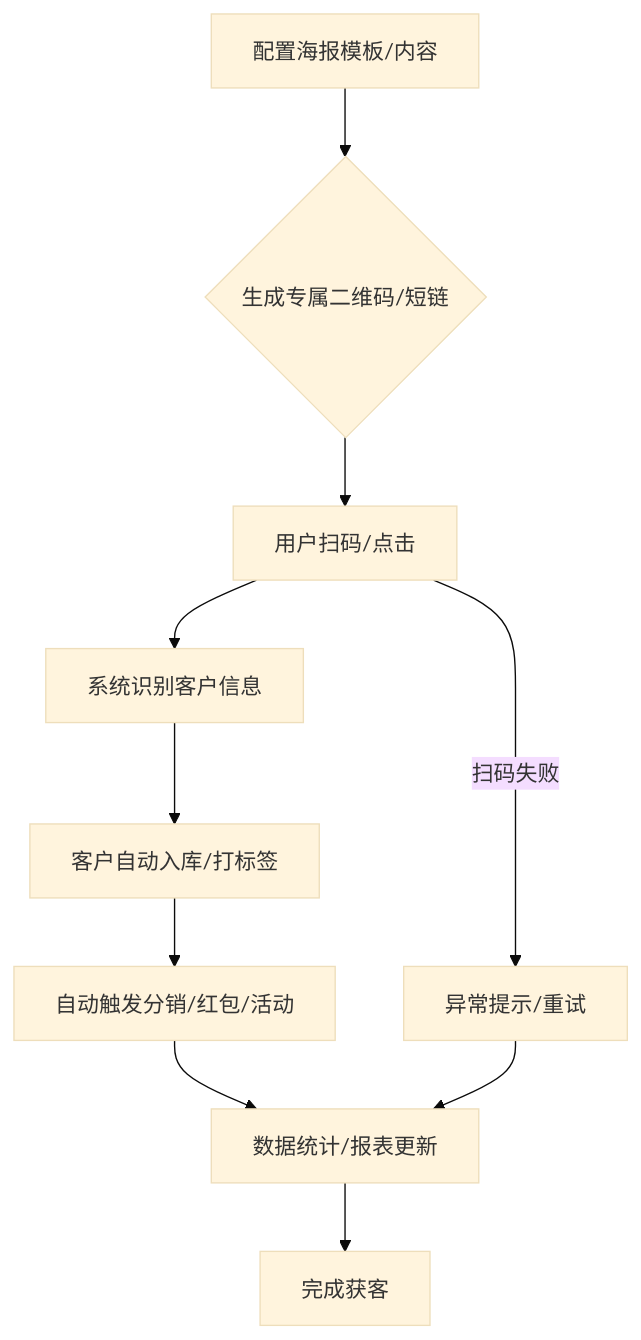
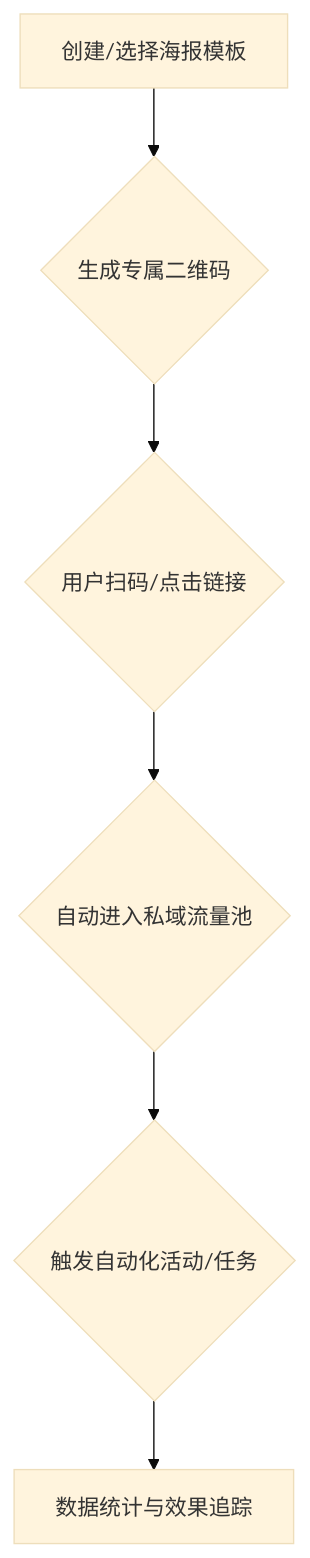
One commit to fnvtk/cunkebao_doc changed the diagram in 4、前端/前端-场景获客-海报获客功能.md. Above: the diagram before and after it, drawn with Mermaid (base theme). The commit also changed other lines of this file and 38 other files, not shown here.

Commit message:
feat: Add flowcharts and UI references to all frontend documentation

````diff
--- a/4、前端/前端-场景获客-海报获客功能.md
+++ b/4、前端/前端-场景获客-海报获客功能.md
@@ -8,12 +10,8 @@
 ```mermaid
 graph TD
-    A[配置海报模板/内容] --> B{生成专属二维码/短链};
-    B --> C[用户扫码/点击];
-    C --> D[系统识别客户信息];
-    D --> E[客户自动入库/打标签];
-    E --> F[自动触发分销/红包/活动];
-    F --> G[数据统计/报表更新];
-    G --> H[完成获客];
-    C -- 扫码失败 --> I[异常提示/重试];
-    I --> G;
+    A[创建/选择海报模板] --> B{生成专属二维码};
+    B --> C{用户扫码/点击链接};
+    C --> D{自动进入私域流量池};
+    D --> E{触发自动化活动/任务};
+    E --> F[数据统计与效果追踪];
 ```
````
